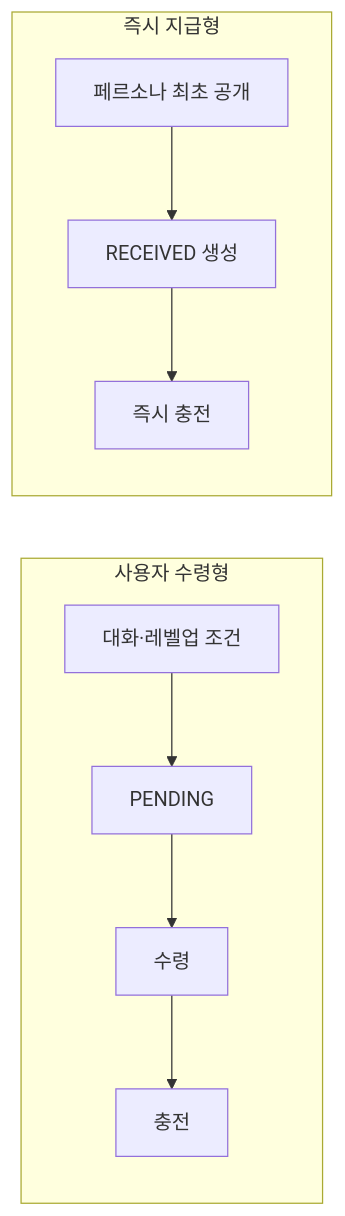
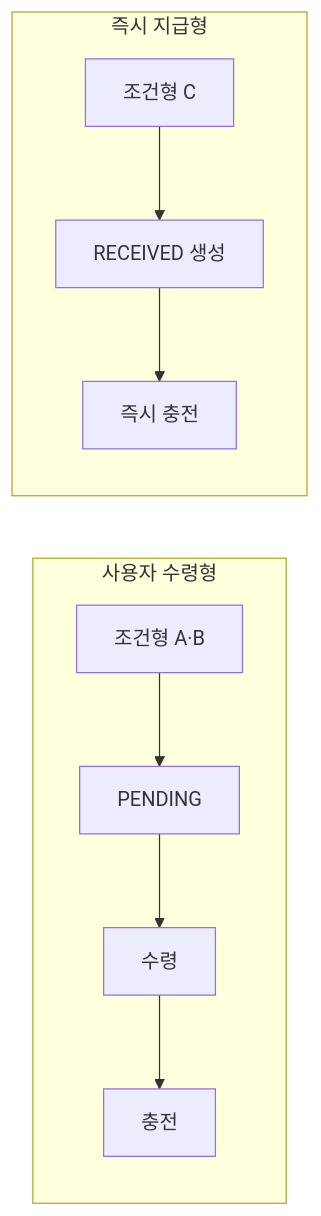
Diagram 11 of 13 in _posts/2026-03-20-reward-creation-receipt-charge-responsibility.md (jiwon11/jiwon11.github.io), drawn with Mermaid before and after one commit. The commit also changed other lines of this file and 9 other files, not shown here.

```diff
--- a/_posts/2026-03-20-reward-creation-receipt-charge-responsibility.md
+++ b/_posts/2026-03-20-reward-creation-receipt-charge-responsibility.md
@@ -552,13 +550,13 @@
 ~~~mermaid
 flowchart LR
     subgraph Claimable["사용자 수령형"]
-        C["대화·레벨업 조건"] --> P["PENDING"]
+        C["조건형 A·B"] --> P["PENDING"]
         P --> R["수령"]
         R --> D["충전"]
     end
 
     subgraph Immediate["즉시 지급형"]
-        O["페르소나 최초 공개"] --> I["RECEIVED 생성"]
+        O["조건형 C"] --> I["RECEIVED 생성"]
         I --> IC["즉시 충전"]
     end
 ~~~
```
